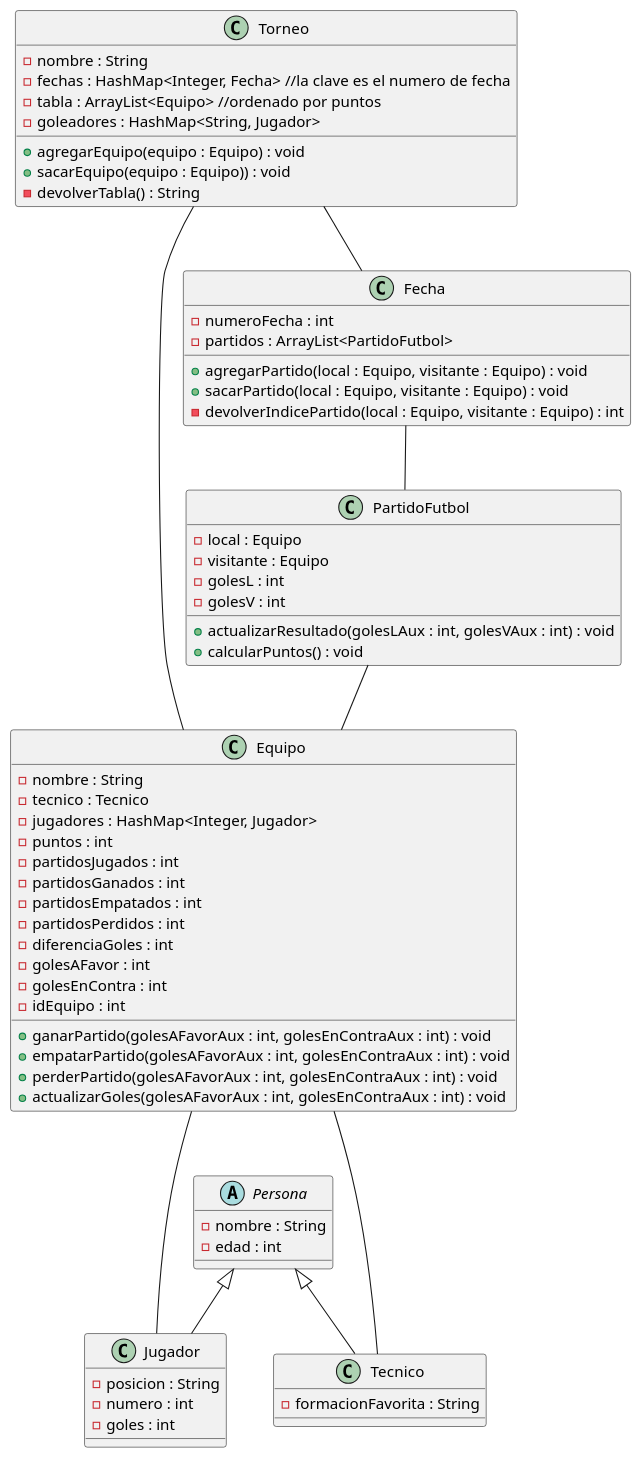
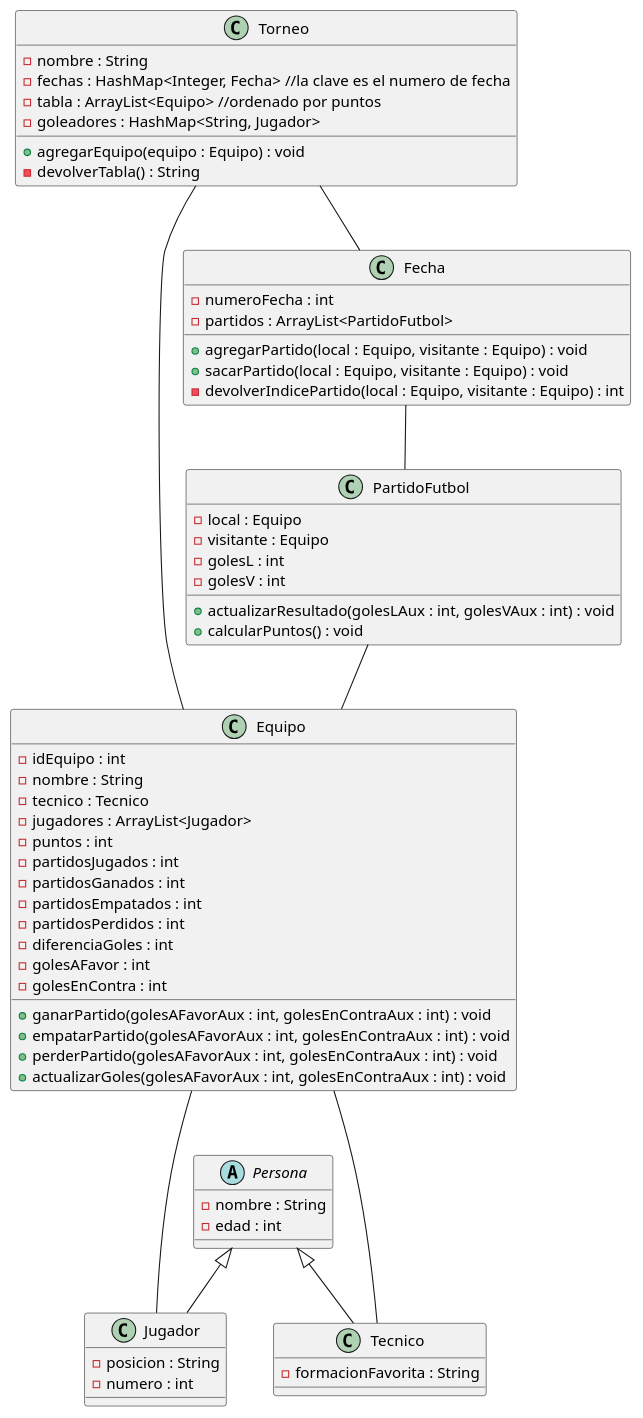
Before and after one commit to agustinrojass/appTorneo: the diagram in src/diagrama-de-clases.puml, drawn with PlantUML. The commit also changed 72 other files, not shown here.

```diff
--- a/src/diagrama-de-clases.puml
+++ b/src/diagrama-de-clases.puml
@@ -1,62 +1,60 @@
 @startuml
 Torneo -- Equipo
 Torneo -- Fecha
 Fecha -- PartidoFutbol
 PartidoFutbol -- Equipo
 Equipo --- Jugador
 Equipo --- Tecnico
 class Torneo {
     - nombre : String
     - fechas : HashMap<Integer, Fecha> //la clave es el numero de fecha
     - tabla : ArrayList<Equipo> //ordenado por puntos
     - goleadores : HashMap<String, Jugador>
     + agregarEquipo(equipo : Equipo) : void
-    + sacarEquipo(equipo : Equipo)) : void
     - devolverTabla() : String
 }
 class Fecha {
     - numeroFecha : int
     - partidos : ArrayList<PartidoFutbol>
     + agregarPartido(local : Equipo, visitante : Equipo) : void
     + sacarPartido(local : Equipo, visitante : Equipo) : void
     - devolverIndicePartido(local : Equipo, visitante : Equipo) : int
 }
 class PartidoFutbol {
     - local : Equipo
     - visitante : Equipo
     - golesL : int
     - golesV : int
     + actualizarResultado(golesLAux : int, golesVAux : int) : void
     + calcularPuntos() : void
 }
 class Equipo {
+    - idEquipo : int
     - nombre : String
     - tecnico : Tecnico
-    - jugadores : HashMap<Integer, Jugador>
+    - jugadores : ArrayList<Jugador>
     - puntos : int
     - partidosJugados : int
     - partidosGanados : int
     - partidosEmpatados : int
     - partidosPerdidos : int
     - diferenciaGoles : int
     - golesAFavor : int
     - golesEnContra : int
-    - idEquipo : int
     + ganarPartido(golesAFavorAux : int, golesEnContraAux : int) : void
     + empatarPartido(golesAFavorAux : int, golesEnContraAux : int) : void
     + perderPartido(golesAFavorAux : int, golesEnContraAux : int) : void
     + actualizarGoles(golesAFavorAux : int, golesEnContraAux : int) : void
 }
 abstract class Persona {
     - nombre : String
     - edad : int
 }
 class Jugador extends Persona {
     - posicion : String
     - numero : int
-    - goles : int
 }
 class Tecnico extends Persona {
     - formacionFavorita : String
 }
 @enduml
```
